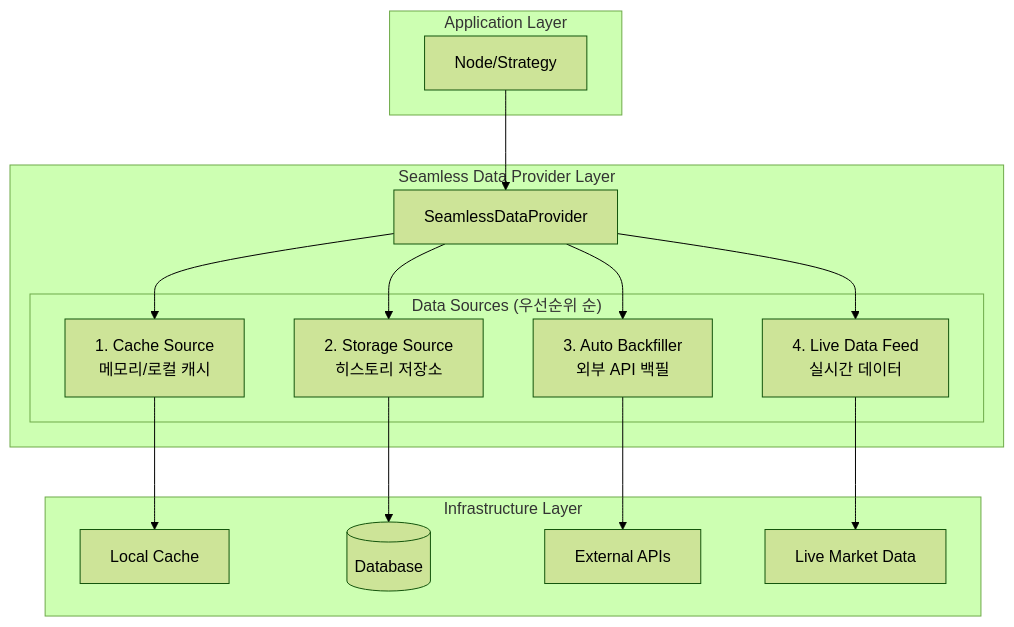
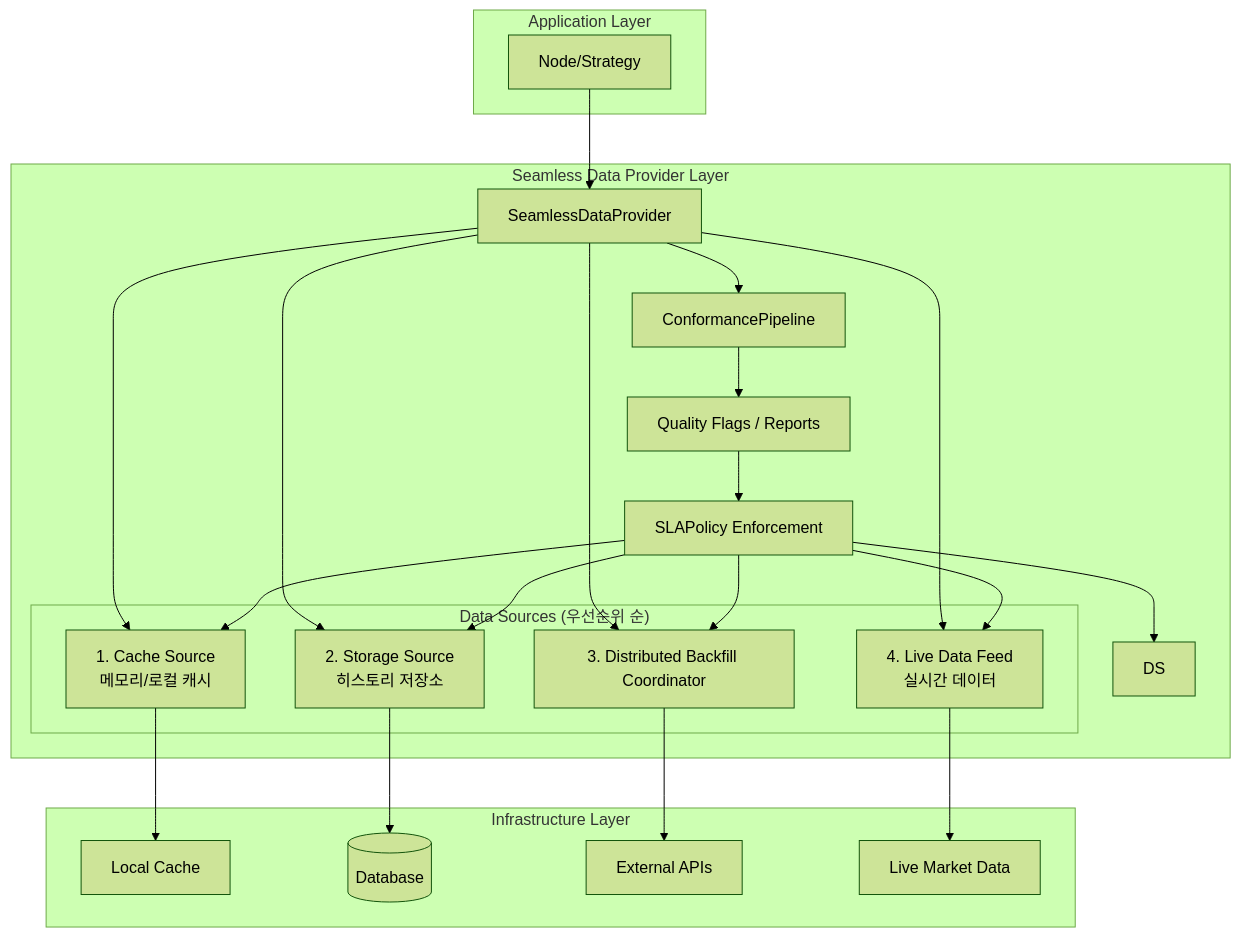
The diagram in docs/design/seamless_data_provider.md (hyophyop/qmtl), drawn with Mermaid (forest theme) before and after one commit. The commit also changed other lines of this file and 5 other files, not shown here.

````diff
--- a/docs/design/seamless_data_provider.md
+++ b/docs/design/seamless_data_provider.md
@@ -17,29 +18,37 @@
 ```mermaid
 graph TB
     subgraph "Application Layer"
         N[Node/Strategy]
     end
     
     subgraph "Seamless Data Provider Layer"
         SDP[SeamlessDataProvider]
+        SDP --> CP[ConformancePipeline]
+        CP --> FLAGS[Quality Flags / Reports]
+        FLAGS --> SLA[SLAPolicy Enforcement]
+        SLA --> DS
         subgraph "Data Sources (우선순위 순)"
             DS1[1. Cache Source<br/>메모리/로컬 캐시]
             DS2[2. Storage Source<br/>히스토리 저장소]
-            DS3[3. Auto Backfiller<br/>외부 API 백필]
+            DS3[3. Distributed Backfill Coordinator]
             DS4[4. Live Data Feed<br/>실시간 데이터]
         end
+        SLA --> DS1
+        SLA --> DS2
+        SLA --> DS3
+        SLA --> DS4
     end
     
     subgraph "Infrastructure Layer"
         CACHE[Local Cache]
         DB[(Database)]
         EXT[External APIs]
         LIVE[Live Market Data]
     end
     
     N --> SDP
     SDP --> DS1 --> CACHE
     SDP --> DS2 --> DB
     SDP --> DS3 --> EXT
     SDP --> DS4 --> LIVE
 ```
````
